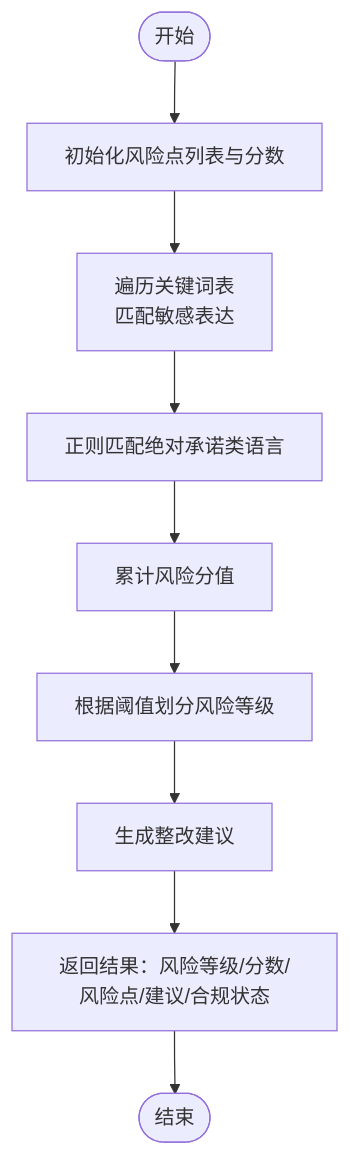
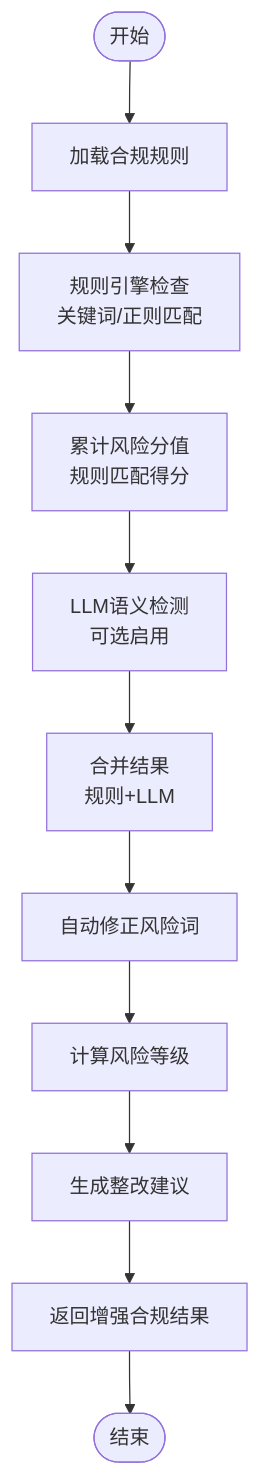
One commit to dream-ze/AI_huoke- changed the third of 5 diagrams in .qoder/repowiki/zh/content/AI内容处理系统/合规性检查.md. Above: the diagram before and after it, drawn with Mermaid. The commit also changed other lines of this file and 220 other files, not shown here.

````diff
--- a/.qoder/repowiki/zh/content/AI内容处理系统/合规性检查.md
+++ b/.qoder/repowiki/zh/content/AI内容处理系统/合规性检查.md
@@ -173,11 +204,13 @@
 ```mermaid
 flowchart TD
-Start(["开始"]) --> Init["初始化风险点列表与分数"]
-Init --> KW["遍历关键词表<br/>匹配敏感表达"]
-KW --> AP["正则匹配绝对承诺类语言"]
-AP --> Score["累计风险分值"]
-Score --> Level["根据阈值划分风险等级"]
-Level --> Sugg["生成整改建议"]
-Sugg --> Out["返回结果：风险等级/分数/风险点/建议/合规状态"]
+Start(["开始"]) --> LoadRules["加载合规规则"]
+LoadRules --> RuleEngine["规则引擎检查<br/>关键词/正则匹配"]
+RuleEngine --> ScoreCalc["累计风险分值<br/>规则匹配得分"]
+ScoreCalc --> LLMCheck["LLM语义检测<br/>可选启用"]
+LLMCheck --> MergeResults["合并结果<br/>规则+LLM"]
+MergeResults --> AutoFix["自动修正风险词"]
+AutoFix --> LevelCalc["计算风险等级"]
+LevelCalc --> SuggGen["生成整改建议"]
+SuggGen --> Out["返回增强合规结果"]
 Out --> End(["结束"])
 ```
````
